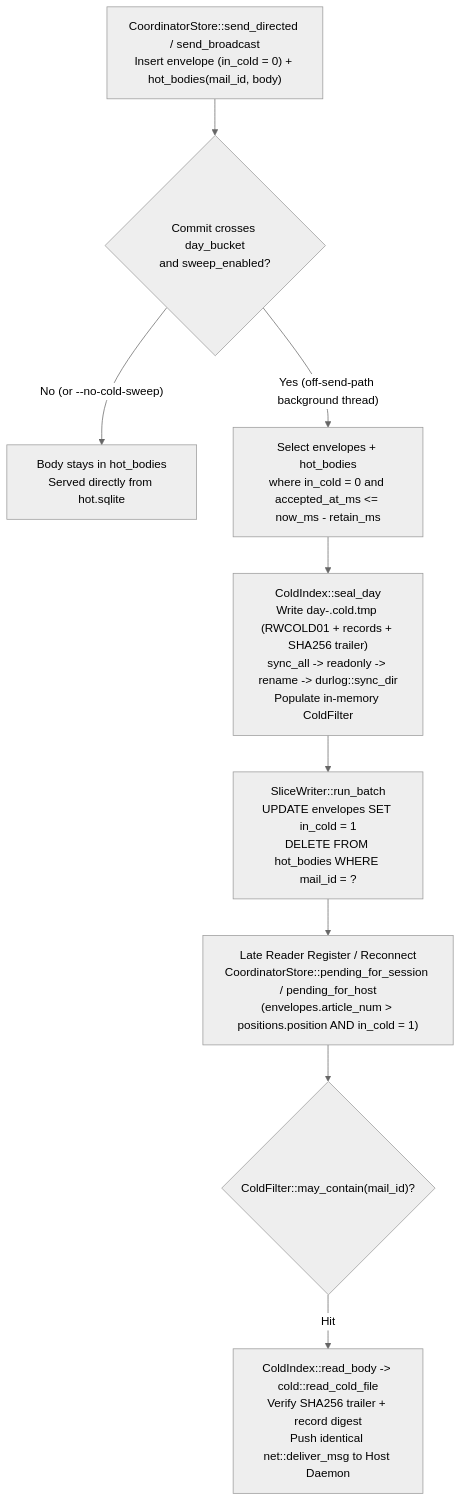
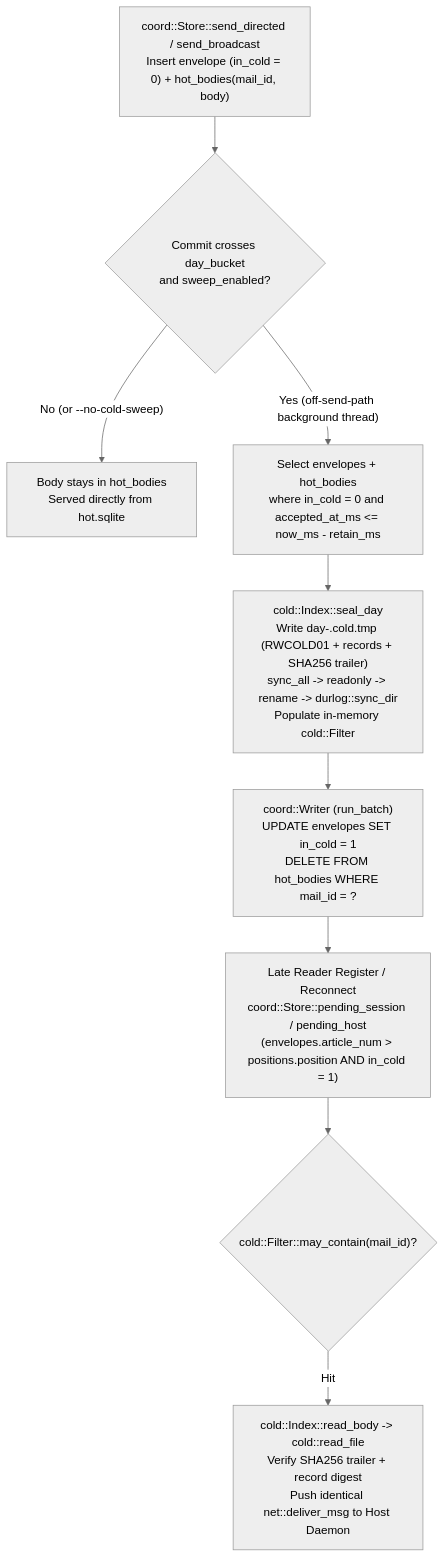
Before and after one commit to JangMan-J/roger-wilco: the third of 5 diagrams in docs/STORAGE.md, drawn with Mermaid (neutral theme). The commit also changed other lines of this file and 14 other files, not shown here.

Commit message:
Normalize storage/cold-shipper identifiers, use same_secret on hello, sync docs

````diff
--- a/docs/STORAGE.md
+++ b/docs/STORAGE.md
@@ -107,11 +107,11 @@
 ```mermaid
 flowchart TD
-    A["CoordinatorStore::send_directed / send_broadcast\nInsert envelope (in_cold = 0) + hot_bodies(mail_id, body)"] --> B{"Commit crosses day_bucket\nand sweep_enabled?"}
+    A["coord::Store::send_directed / send_broadcast\nInsert envelope (in_cold = 0) + hot_bodies(mail_id, body)"] --> B{"Commit crosses day_bucket\nand sweep_enabled?"}
     B -- "No (or --no-cold-sweep)" --> H["Body stays in hot_bodies\nServed directly from hot.sqlite"]
     B -- "Yes (off-send-path background thread)" --> C["Select envelopes + hot_bodies\nwhere in_cold = 0 and accepted_at_ms <= now_ms - retain_ms"]
-    C --> D["ColdIndex::seal_day\nWrite day-<bucket>.cold.tmp (RWCOLD01 + records + SHA256 trailer)\nsync_all -> readonly -> rename -> durlog::sync_dir\nPopulate in-memory ColdFilter"]
-    D --> E["SliceWriter::run_batch\nUPDATE envelopes SET in_cold = 1\nDELETE FROM hot_bodies WHERE mail_id = ?"]
-    E --> F["Late Reader Register / Reconnect\nCoordinatorStore::pending_for_session / pending_for_host\n(envelopes.article_num > positions.position AND in_cold = 1)"]
-    F --> G{"ColdFilter::may_contain(mail_id)?"}
-    G -- "Hit" --> R["ColdIndex::read_body -> cold::read_cold_file\nVerify SHA256 trailer + record digest\nPush identical net::deliver_msg to Host Daemon"]
+    C --> D["cold::Index::seal_day\nWrite day-<bucket>.cold.tmp (RWCOLD01 + records + SHA256 trailer)\nsync_all -> readonly -> rename -> durlog::sync_dir\nPopulate in-memory cold::Filter"]
+    D --> E["coord::Writer (run_batch)\nUPDATE envelopes SET in_cold = 1\nDELETE FROM hot_bodies WHERE mail_id = ?"]
+    E --> F["Late Reader Register / Reconnect\ncoord::Store::pending_session / pending_host\n(envelopes.article_num > positions.position AND in_cold = 1)"]
+    F --> G{"cold::Filter::may_contain(mail_id)?"}
+    G -- "Hit" --> R["cold::Index::read_body -> cold::read_file\nVerify SHA256 trailer + record digest\nPush identical net::deliver_msg to Host Daemon"]
 ```
````
